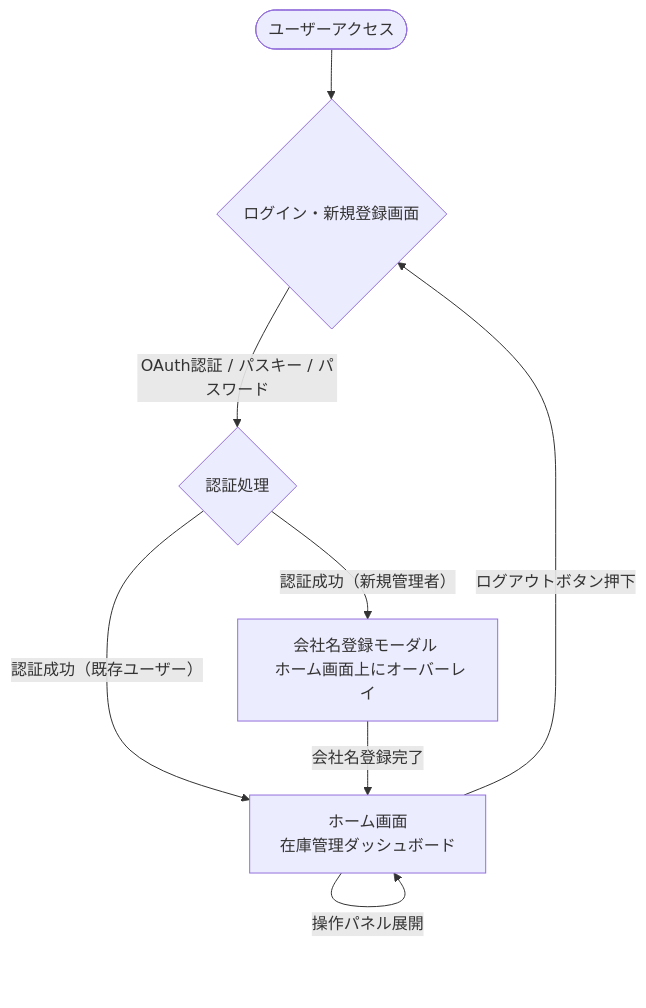
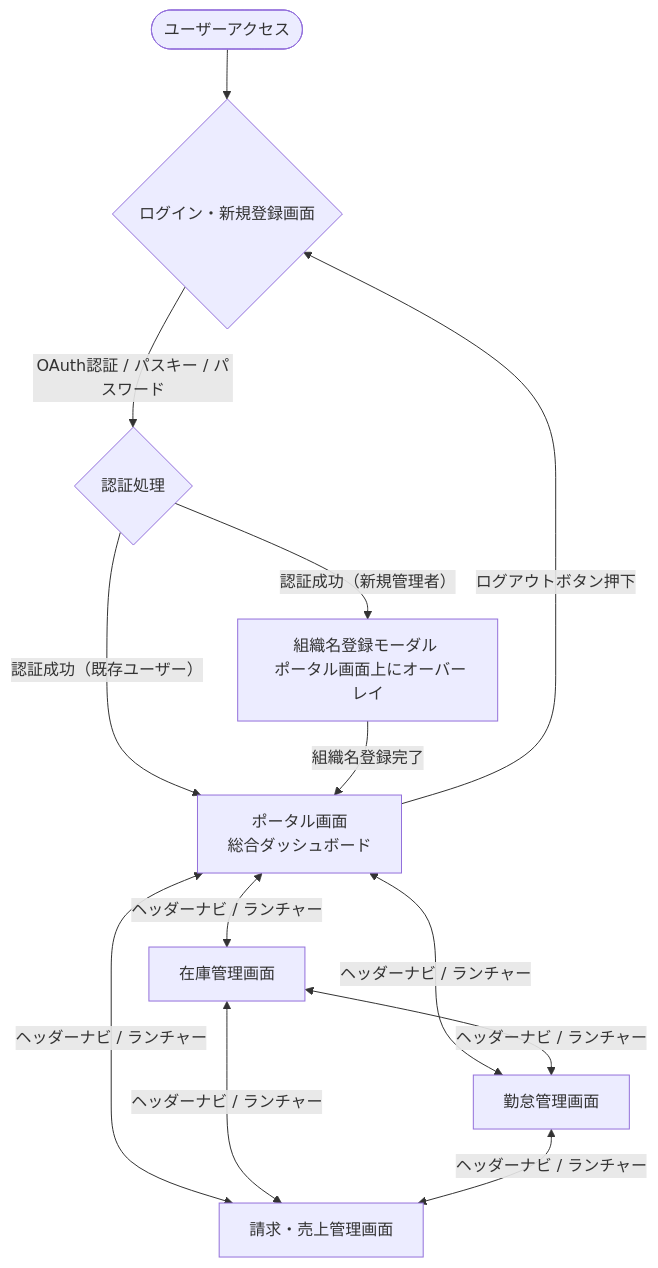
One commit to nomux2/worknity changed the diagram in _doc/基本設計書.md. Above: the diagram before and after it, drawn with Mermaid. The commit also changed other lines of this file and 71 other files, not shown here.

````diff
--- a/_doc/基本設計書.md
+++ b/_doc/基本設計書.md
@@ -52,14 +55,21 @@
 ```mermaid
 graph TD
     Start([ユーザーアクセス]) --> Login{ログイン・新規登録画面}
     
     %% 認証処理
     Login -->|OAuth認証 / パスキー / パスワード| AuthProcess{認証処理}
-    AuthProcess -->|認証成功（既存ユーザー）| Home[ホーム画面 <br> 在庫管理ダッシュボード]
-    AuthProcess -->|認証成功（新規管理者）| SetupModal[会社名登録モーダル <br> ホーム画面上にオーバーレイ]
-    SetupModal -->|会社名登録完了| Home
+    AuthProcess -->|認証成功（既存ユーザー）| Portal[ポータル画面 <br> 総合ダッシュボード]
+    AuthProcess -->|認証成功（新規管理者）| SetupModal[組織名登録モーダル <br> ポータル画面上にオーバーレイ]
+    SetupModal -->|組織名登録完了| Portal
     
-    %% 操作・切断
-    Home -->|操作パネル展開| Home
-    Home -->|ログアウトボタン押下| Login
+    %% ヘッダーナビゲーションによる相互遷移
+    Portal <-->|ヘッダーナビ / ランチャー| Stocks[在庫管理画面]
+    Portal <-->|ヘッダーナビ / ランチャー| Attendance[勤怠管理画面]
+    Portal <-->|ヘッダーナビ / ランチャー| Billing[請求・売上管理画面]
+    Stocks <-->|ヘッダーナビ / ランチャー| Attendance
+    Stocks <-->|ヘッダーナビ / ランチャー| Billing
+    Attendance <-->|ヘッダーナビ / ランチャー| Billing
+    
+    %% ログアウト
+    Portal -->|ログアウトボタン押下| Login
 ```
````
